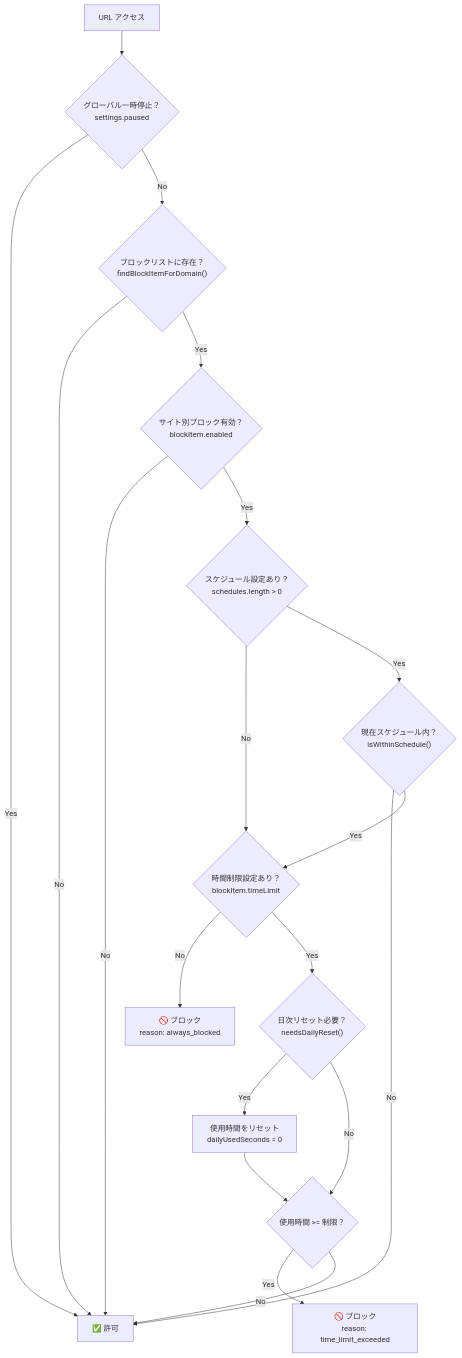
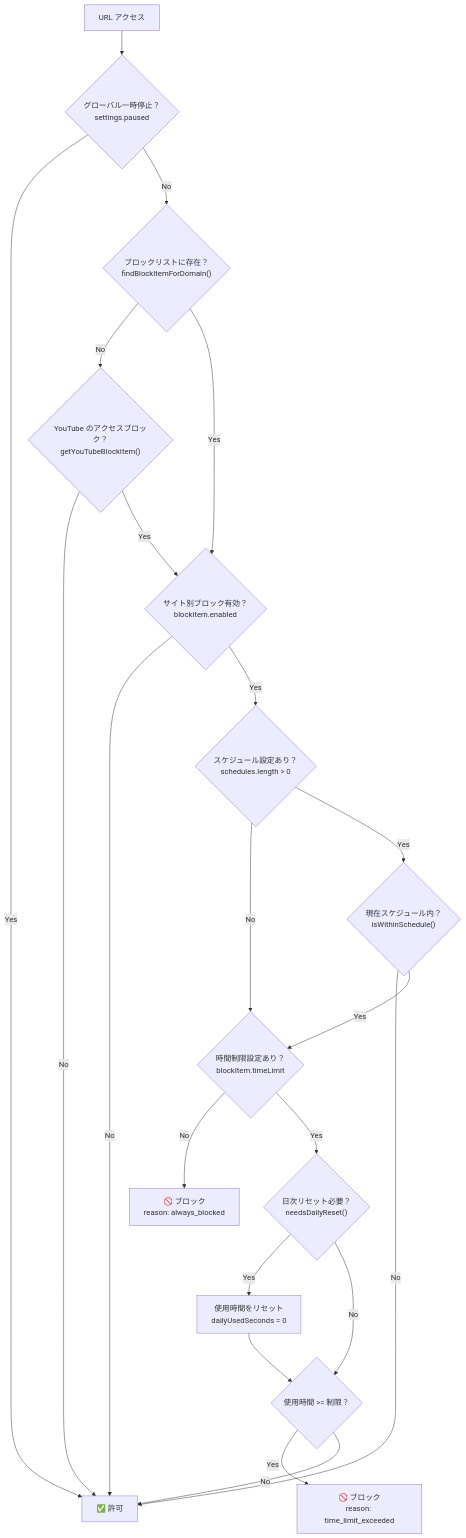
One commit to machina-gg/vision-focus changed the first of 3 diagrams in docs/BLOCK_STATE_MACHINE.md. Above: the diagram before and after it, drawn with Mermaid. The commit also changed other lines of this file and 7 other files, not shown here.

First line of the commit message:
fix: YouTube を仮想のブロック項目として扱い開いているタブもブロックする

````diff
--- a/docs/BLOCK_STATE_MACHINE.md
+++ b/docs/BLOCK_STATE_MACHINE.md
@@ -11,30 +11,33 @@
 ```mermaid
 flowchart TD
     Start["URL アクセス"] --> A{"グローバル一時停止？<br/>settings.paused"}
 
     A -->|Yes| Unblocked["✅ 許可"]
     A -->|No| B{"ブロックリストに存在？<br/>findBlockItemForDomain()"}
 
-    B -->|No| Unblocked
+    B -->|No| YT{"YouTube のアクセスブロック？<br/>getYouTubeBlockItem()"}
     B -->|Yes| C{"サイト別ブロック有効？<br/>blockItem.enabled"}
+
+    YT -->|No| Unblocked
+    YT -->|Yes| C
 
     C -->|No| Unblocked
     C -->|Yes| D{"スケジュール設定あり？<br/>schedules.length > 0"}
 
     D -->|No| E{"時間制限設定あり？<br/>blockItem.timeLimit"}
     D -->|Yes| F{"現在スケジュール内？<br/>isWithinSchedule()"}
 
     F -->|No| Unblocked
     F -->|Yes| E
 
     E -->|No| Blocked["🚫 ブロック<br/>reason: always_blocked"]
     E -->|Yes| H{"日次リセット必要？<br/>needsDailyReset()"}
 
     H -->|Yes| J["使用時間をリセット<br/>dailyUsedSeconds = 0"]
     H -->|No| K{"使用時間 >= 制限？"}
 
     J --> K
 
     K -->|Yes| TimeLimitExceeded["🚫 ブロック<br/>reason: time_limit_exceeded"]
     K -->|No| Unblocked
 ```
````
